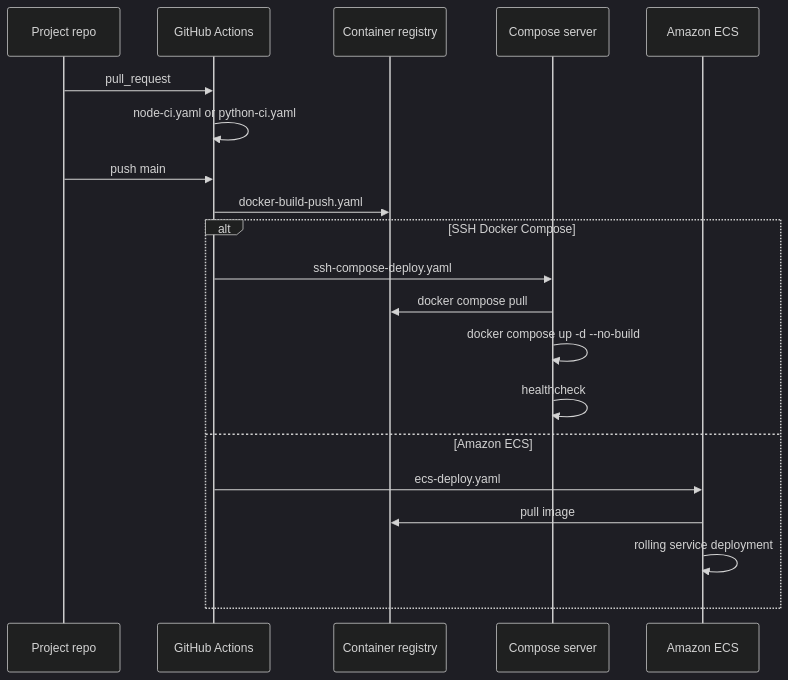
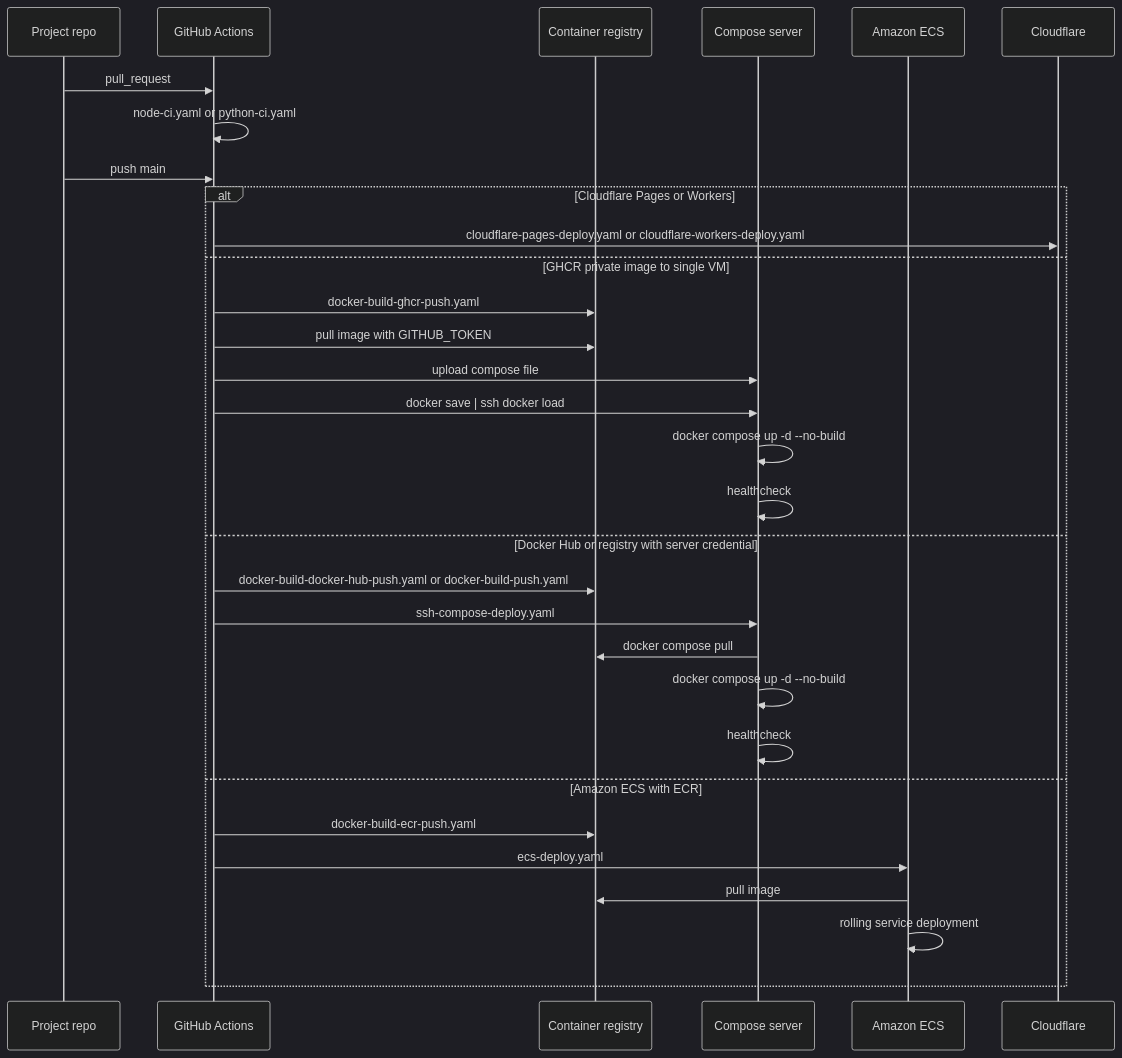
The second of 2 diagrams in README.md (wibaek/gha), drawn with Mermaid (dark theme) before and after one commit. The commit also changed other lines of this file and 17 other files, not shown here.

First line of the commit message:
feat(actions): registry별 Docker 배포 워크플로우 추가

````diff
--- a/README.md
+++ b/README.md
@@ -56,23 +71,34 @@
 ```mermaid
 sequenceDiagram
   participant Repo as Project repo
   participant Actions as GitHub Actions
   participant Registry as Container registry
   participant Server as Compose server
   participant ECS as Amazon ECS
+  participant Cloudflare
 
   Repo->>Actions: pull_request
   Actions->>Actions: node-ci.yaml or python-ci.yaml
   Repo->>Actions: push main
-  Actions->>Registry: docker-build-push.yaml
-  alt SSH Docker Compose
+  alt Cloudflare Pages or Workers
+    Actions->>Cloudflare: cloudflare-pages-deploy.yaml or cloudflare-workers-deploy.yaml
+  else GHCR private image to single VM
+    Actions->>Registry: docker-build-ghcr-push.yaml
+    Actions->>Registry: pull image with GITHUB_TOKEN
+    Actions->>Server: upload compose file
+    Actions->>Server: docker save | ssh docker load
+    Server->>Server: docker compose up -d --no-build
+    Server->>Server: healthcheck
+  else Docker Hub or registry with server credential
+    Actions->>Registry: docker-build-docker-hub-push.yaml or docker-build-push.yaml
     Actions->>Server: ssh-compose-deploy.yaml
     Server->>Registry: docker compose pull
     Server->>Server: docker compose up -d --no-build
     Server->>Server: healthcheck
-  else Amazon ECS
+  else Amazon ECS with ECR
+    Actions->>Registry: docker-build-ecr-push.yaml
     Actions->>ECS: ecs-deploy.yaml
     ECS->>Registry: pull image
     ECS->>ECS: rolling service deployment
   end
 ```
````
